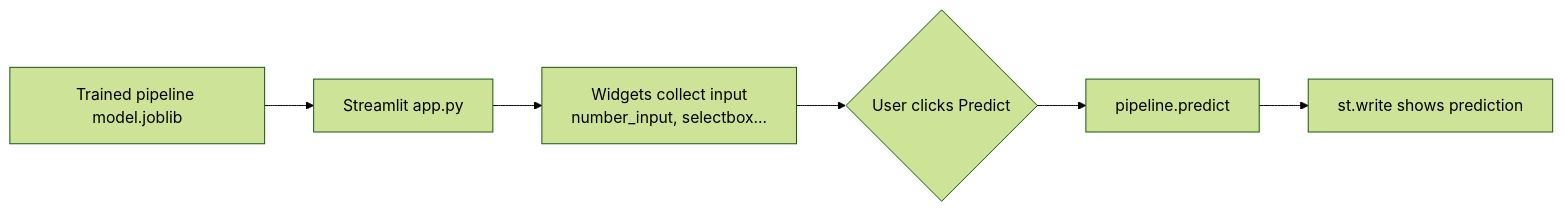
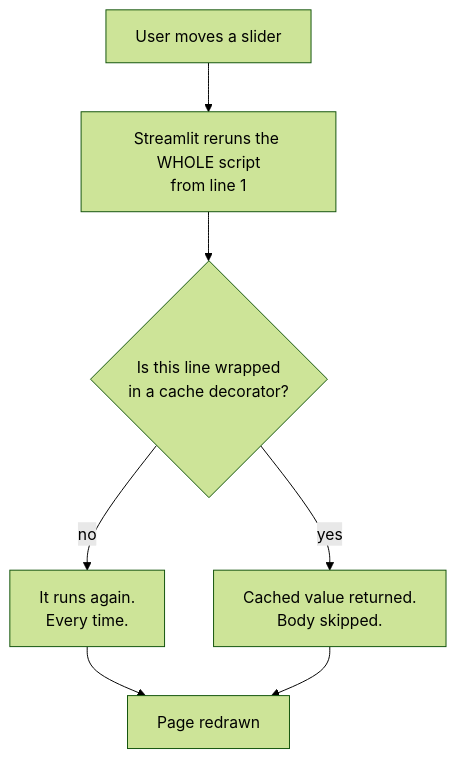
The diagram in src/content/docs/Machine Learning/Phase 08 - Model Deployment (MLOps)/Deploying ML Models to Streamlit.mdx (Ravikisha/PythonCentralHub), drawn with Mermaid (forest theme) before and after one commit. The commit also changed other lines of this file and 1327 other files, not shown here.

````diff
--- a/src/content/docs/Machine Learning/Phase 08 - Model Deployment (MLOps)/Deploying ML Models to Streamlit.mdx
+++ b/src/content/docs/Machine Learning/Phase 08 - Model Deployment (MLOps)/Deploying ML Models to Streamlit.mdx
@@ -25,8 +51,9 @@
 ```mermaid
-flowchart LR
-  M["Trained pipeline model.joblib"] --> A["Streamlit app.py"]
-  A --> W["Widgets collect input<br/>number_input, selectbox..."]
-  W --> B{"User clicks Predict"}
-  B --> P["pipeline.predict"]
-  P --> D["st.write shows prediction"]
+flowchart TD
+  A["User moves a slider"] --> B["Streamlit reruns the WHOLE script<br/>from line 1"]
+  B --> C{"Is this line wrapped<br/>in a cache decorator?"}
+  C -->|"no"| D["It runs again.<br/>Every time."]
+  C -->|"yes"| E["Cached value returned.<br/>Body skipped."]
+  D --> F["Page redrawn"]
+  E --> F
 ```
````
